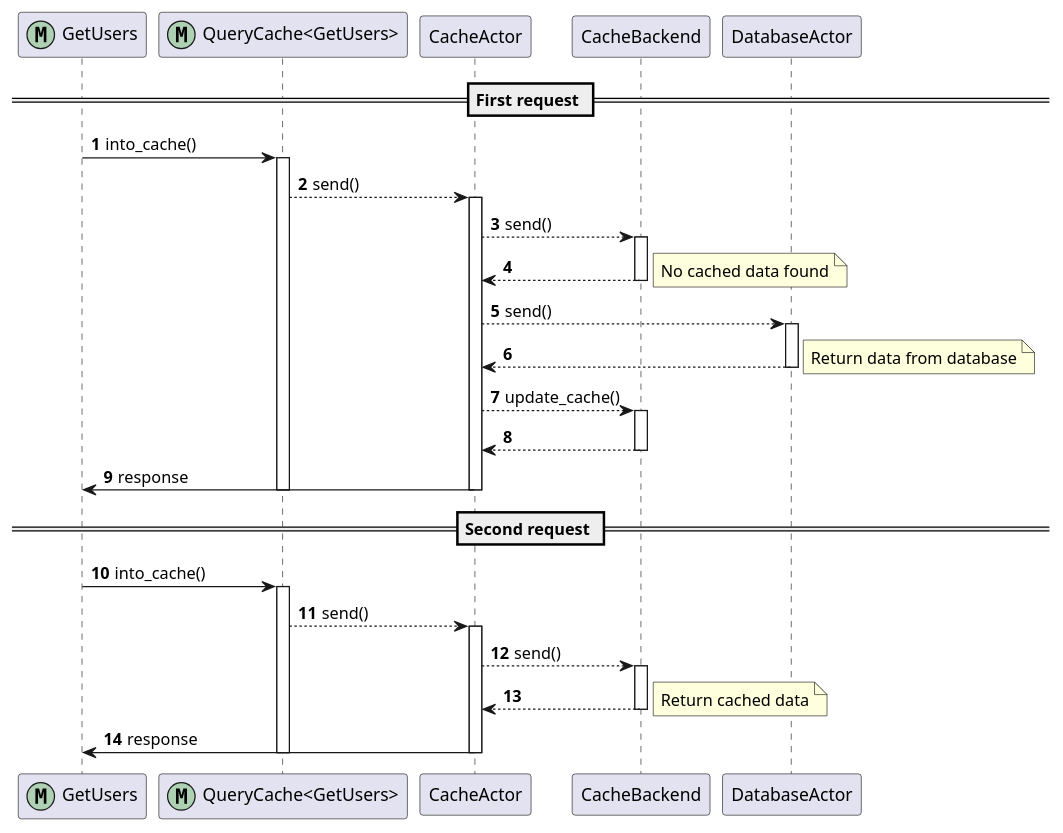
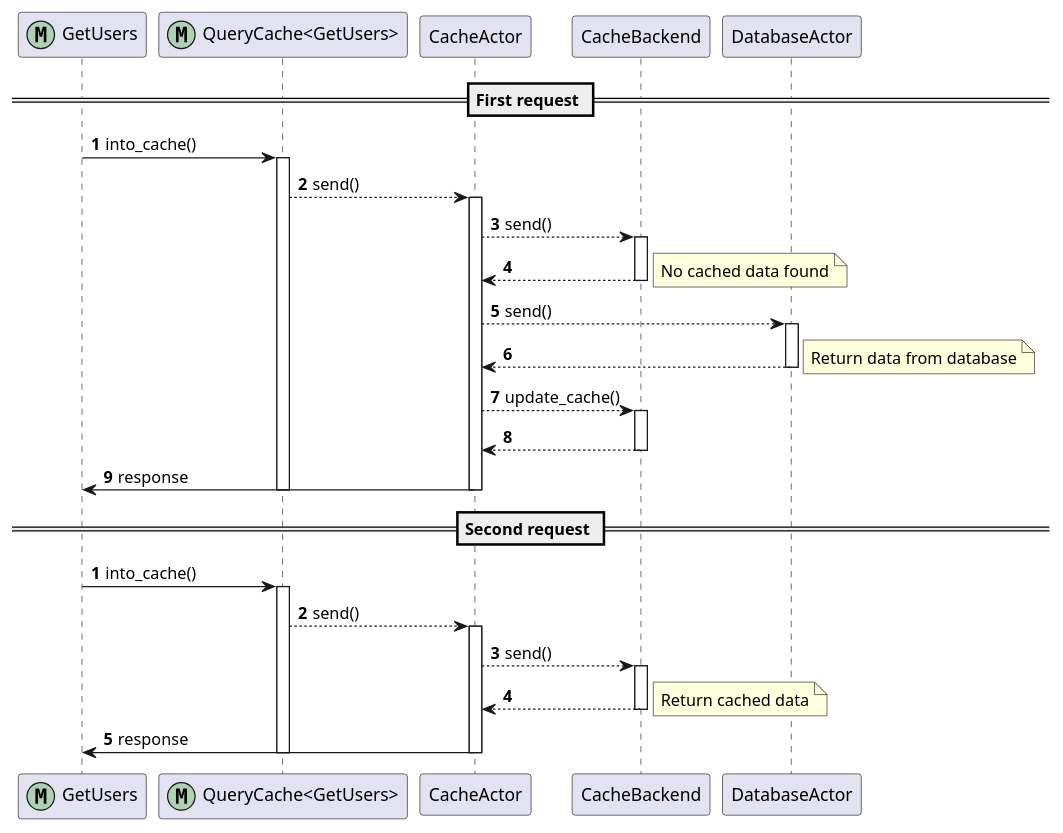
Before and after one commit to hit-box/hitbox: the diagram in documentation/simple_flow.puml, drawn with PlantUML.

Commit message:
Improve numbering for simple_flow.uml

```diff
--- a/documentation/simple_flow.puml
+++ b/documentation/simple_flow.puml
@@ -1,50 +1,52 @@
 @startuml
 'https://plantuml.com/sequence-diagram
-
-autonumber
 
 participant GetUsers << (M,#ADD1B2) >>
 participant "QueryCache<GetUsers>" << (M,#ADD1B2) >>
 participant CacheActor
 participant CacheBackend
 participant DatabaseActor
 
 == First request ==
+
+autonumber 1
 
 GetUsers -> "QueryCache<GetUsers>": into_cache()
 activate "QueryCache<GetUsers>"
 "QueryCache<GetUsers>" --> CacheActor: send()
 activate CacheActor
 CacheActor --> CacheBackend: send()
 activate CacheBackend
 CacheActor <-- CacheBackend:
 deactivate CacheBackend
 note right: No cached data found
 CacheActor --> DatabaseActor: send()
 activate DatabaseActor
 CacheActor <-- DatabaseActor
 deactivate DatabaseActor
 note right: Return data from database
 CacheActor --> CacheBackend: update_cache()
 activate CacheBackend
 CacheActor <-- CacheBackend
 deactivate CacheBackend
 CacheActor -> GetUsers: response
 deactivate CacheActor
 deactivate "QueryCache<GetUsers>"
 
 == Second request ==
 
+autonumber 1
+
 GetUsers -> "QueryCache<GetUsers>": into_cache()
 activate "QueryCache<GetUsers>"
 "QueryCache<GetUsers>" --> CacheActor: send()
 activate CacheActor
 CacheActor --> CacheBackend: send()
 activate CacheBackend
 CacheActor <-- CacheBackend:
 deactivate CacheBackend
 note right: Return cached data
 CacheActor -> GetUsers: response
 deactivate CacheActor
 deactivate "QueryCache<GetUsers>"
 @enduml
```
